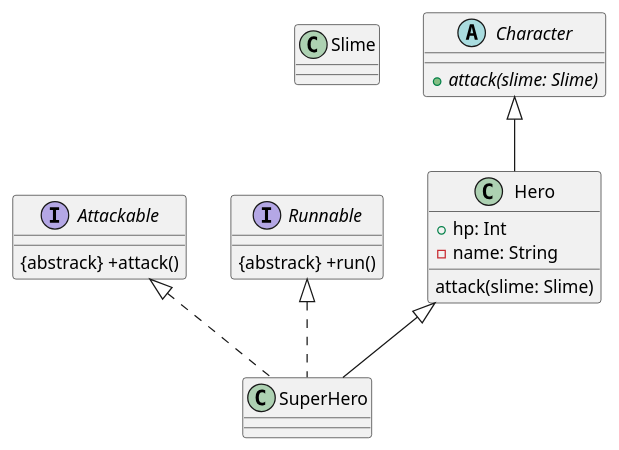
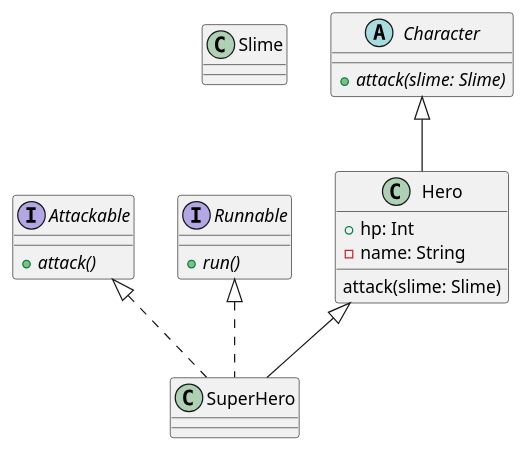
The diagram in src/main/kotlin/day06/Game.puml (rami2ee3/winter_kotlin_study), drawn with PlantUML before and after one commit. The commit also changed 2 other files, not shown here.

```diff
--- a/src/main/kotlin/day06/Game.puml
+++ b/src/main/kotlin/day06/Game.puml
@@ -1,26 +1,26 @@
 @startuml
 'https://plantuml.com/class-diagram
 'scale 2
 class Slime
 class Hero extends Character {
     + hp: Int
     - name: String
 
     attack(slime: Slime)
 }
 
 class SuperHero extends Hero implements Attackable, Runnable
 
 abstract class Character {
     {abstract} +attack(slime: Slime)
 }
 
 interface Attackable {
-    {abstrack} +attack()
+    {abstract} +attack()
 }
 
 interface Runnable {
-    {abstrack} +run()
+    {abstract} +run()
 }
 
 @enduml
```
